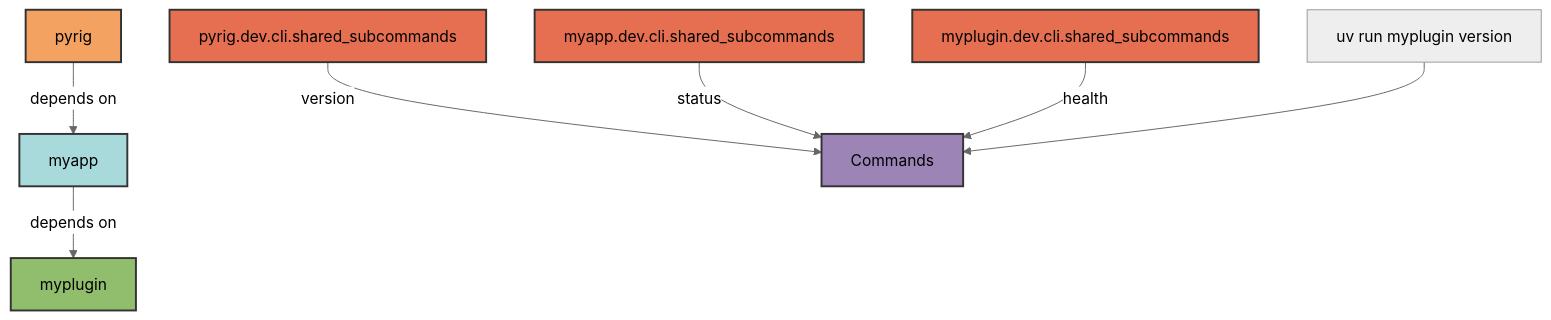
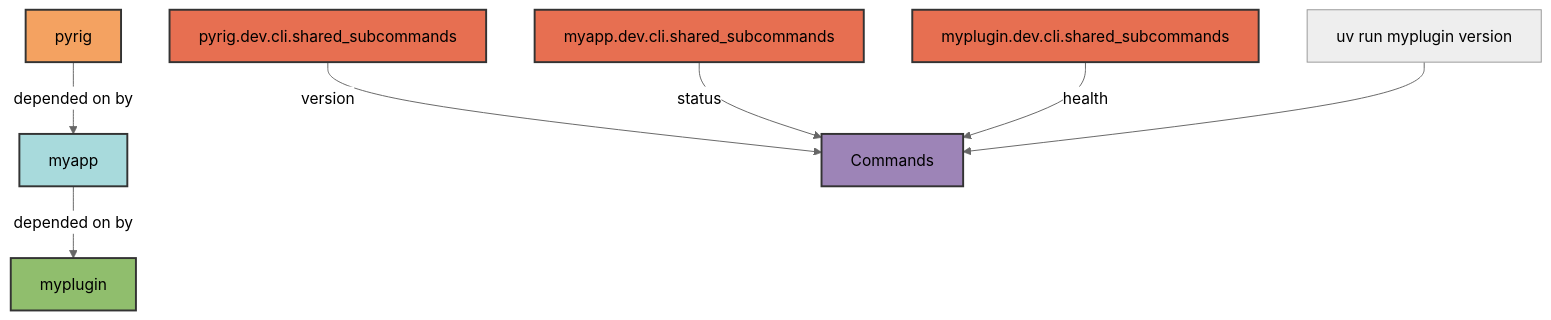
The first of 2 diagrams in docs/cli/shared-subcommands.md (Winipedia/pyrig), drawn with Mermaid (neutral theme) before and after one commit. The commit also changed 45 other files, not shown here.

````diff
--- a/docs/cli/shared-subcommands.md
+++ b/docs/cli/shared-subcommands.md
@@ -44,19 +44,19 @@
 ```mermaid
 graph TD
-    A[pyrig] -->|depends on| B[myapp]
-    B -->|depends on| C[myplugin]
+    A[pyrig] -->|depended on by| B[myapp]
+    B -->|depended on by| C[myplugin]
 
     D[pyrig.dev.cli.shared_subcommands] -->|version| E[Commands]
     F[myapp.dev.cli.shared_subcommands] -->|status| E
     G[myplugin.dev.cli.shared_subcommands] -->|health| E
 
     H[uv run myplugin version] --> E
 
     style A fill:#f4a261,stroke:#333,stroke-width:2px,color:#000
     style B fill:#a8dadc,stroke:#333,stroke-width:2px,color:#000
     style C fill:#90be6d,stroke:#333,stroke-width:2px,color:#000
     style D fill:#e76f51,stroke:#333,stroke-width:2px,color:#000
     style F fill:#e76f51,stroke:#333,stroke-width:2px,color:#000
     style G fill:#e76f51,stroke:#333,stroke-width:2px,color:#000
     style E fill:#9d84b7,stroke:#333,stroke-width:2px,color:#000
 ```
````
